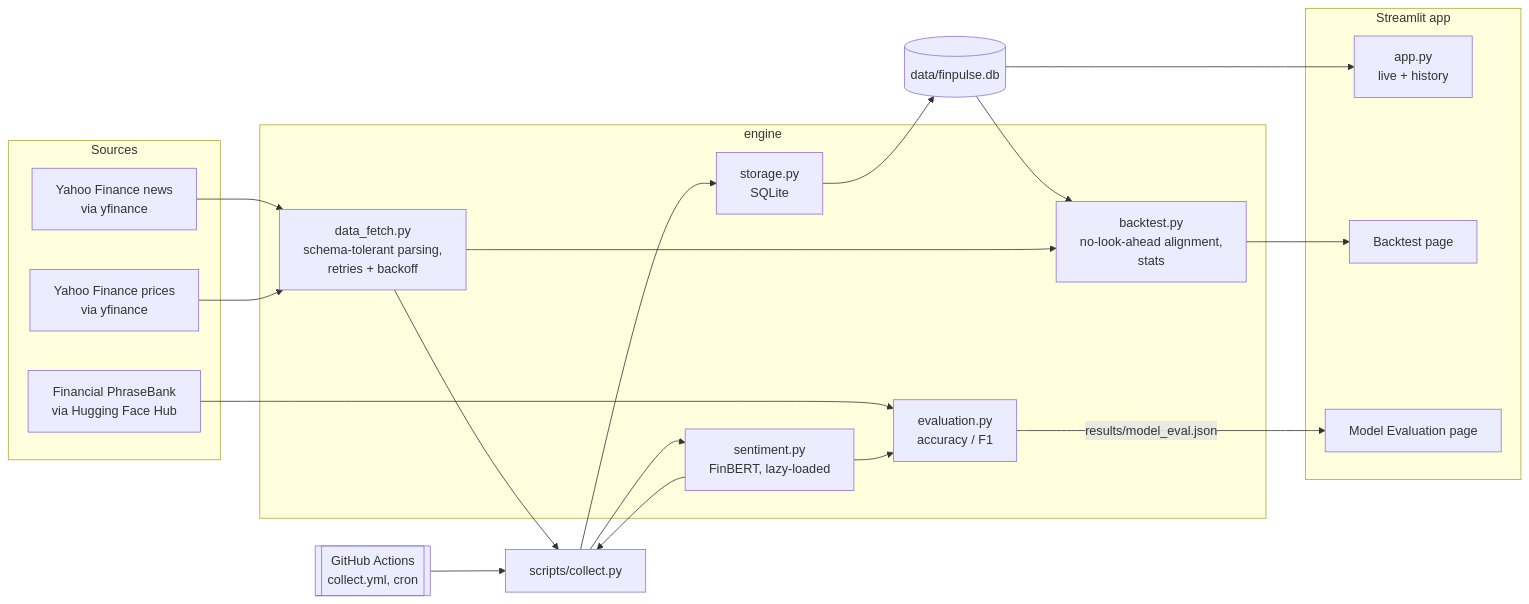
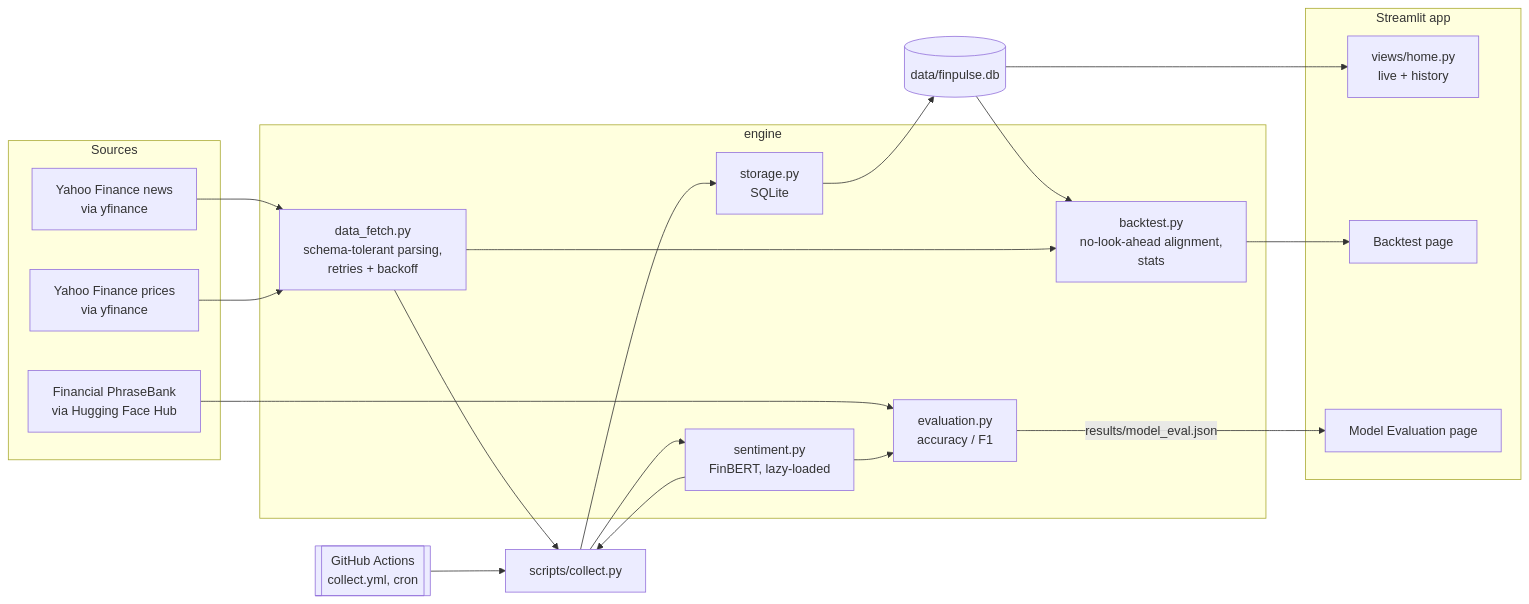
One commit to Sleepiest1304/FinPulse changed the diagram in README.md. Above: the diagram before and after it, drawn with Mermaid. The commit also changed other lines of this file and 4 other files, not shown here.

````diff
--- a/README.md
+++ b/README.md
@@ -30,36 +30,36 @@
 ```mermaid
 flowchart LR
     subgraph Sources
         YN[Yahoo Finance news<br/>via yfinance]
         YP[Yahoo Finance prices<br/>via yfinance]
         FPB[Financial PhraseBank<br/>via Hugging Face Hub]
     end
 
     subgraph engine
         DF[data_fetch.py<br/>schema-tolerant parsing,<br/>retries + backoff]
         S[sentiment.py<br/>FinBERT, lazy-loaded]
         ST[storage.py<br/>SQLite]
         BT[backtest.py<br/>no-look-ahead alignment,<br/>stats]
         EV[evaluation.py<br/>accuracy / F1]
     end
 
     GHA[[GitHub Actions<br/>collect.yml, cron]] --> C[scripts/collect.py]
     YN --> DF --> C
     C --> S --> C
     C --> ST
     ST --> DB[(data/finpulse.db)]
     DB --> BT
     YP --> DF
     DF --> BT
     FPB --> EV
     S --> EV
 
     subgraph Streamlit app
-        A[app.py<br/>live + history]
+        A[views/home.py<br/>live + history]
         P1[Backtest page]
         P2[Model Evaluation page]
     end
     DB --> A
     BT --> P1
     EV -- results/model_eval.json --> P2
 ```
````
